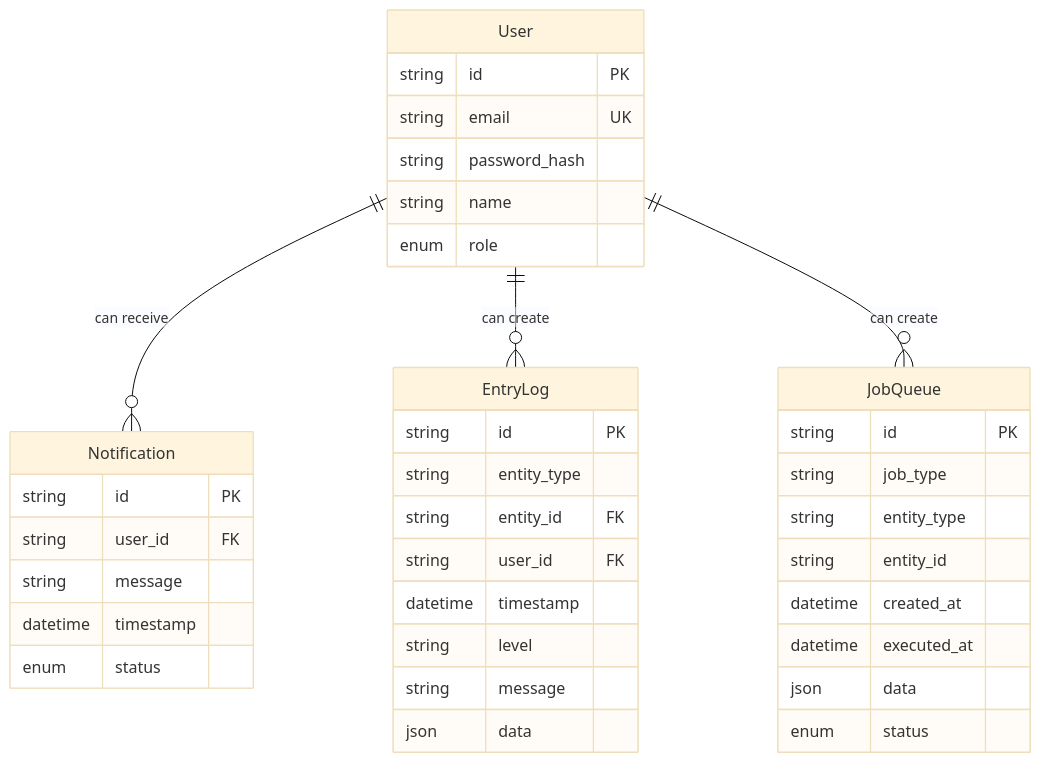
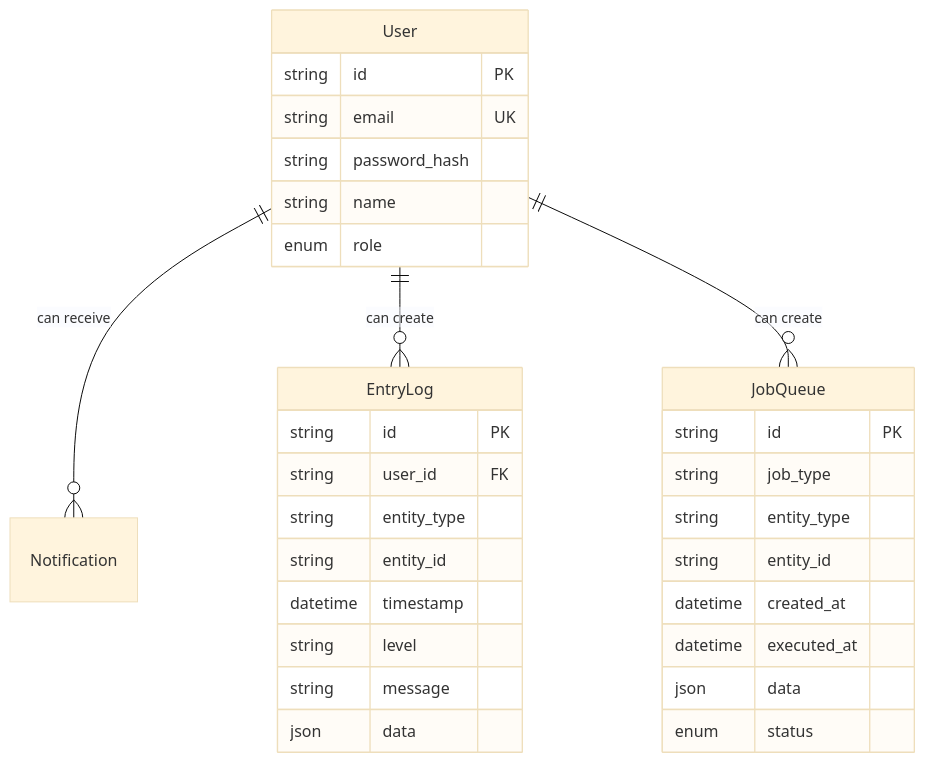
Before and after one commit to AstroBookings/.github: the diagram in profile/3-implementation/5_0-system.schema.md, drawn with Mermaid (base theme). The commit also changed other lines of this file and 1 other file, not shown here.

````diff
--- a/profile/3-implementation/5_0-system.schema.md
+++ b/profile/3-implementation/5_0-system.schema.md
@@ -9,45 +9,37 @@
 ```mermaid
 erDiagram
     User {
         string id PK
         string email UK
         string password_hash
         string name
         enum role
     }
 
-    Notification {
+    EntryLog {
         string id PK
         string user_id FK
-        string message
-        datetime timestamp
-        enum status
-    }
-
-    EntryLog {
-        string id PK
         string entity_type
-        string entity_id FK
-        string user_id FK
+        string entity_id
         datetime timestamp
         string level
         string message
         json data
     }
 
     JobQueue {
         string id PK
         string job_type
         string entity_type
         string entity_id
         datetime created_at
         datetime executed_at
         json data
         enum status
     }
 
     User ||--o{ Notification : "can receive"
     User ||--o{ EntryLog : "can create"
     User ||--o{ JobQueue : "can create"
 
 ```
````
